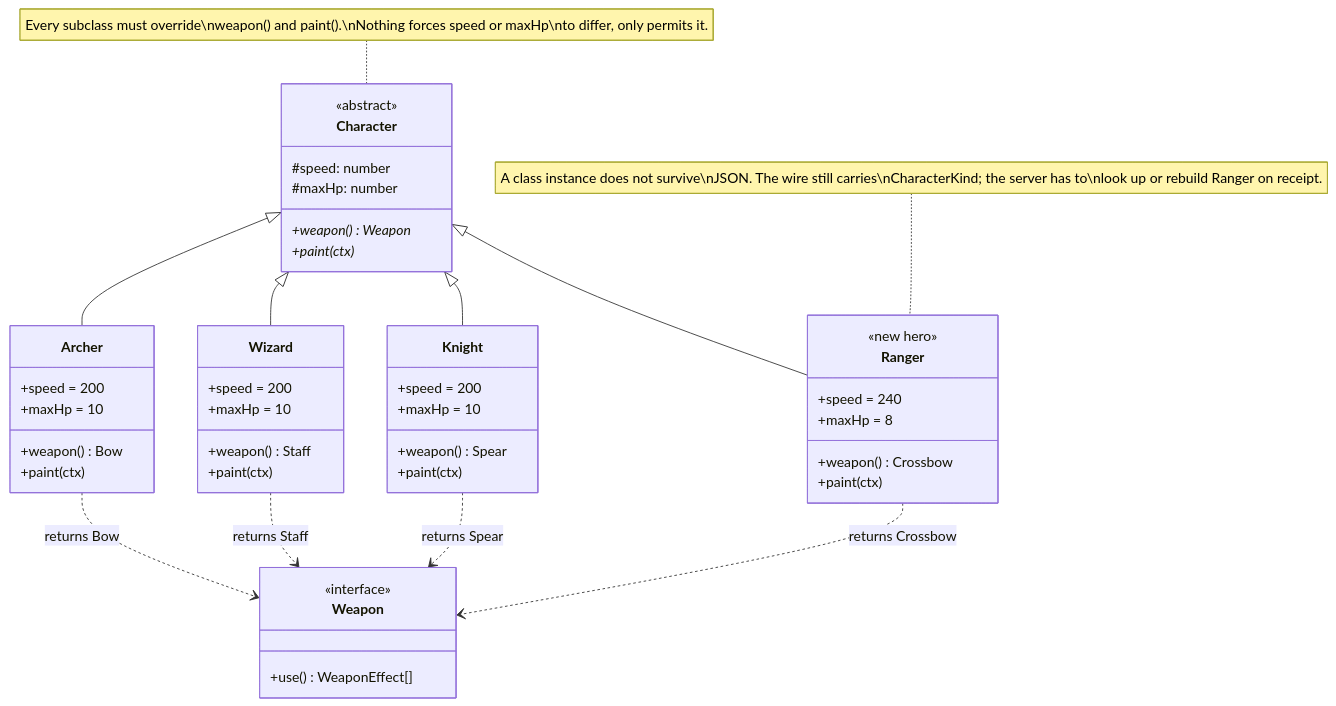
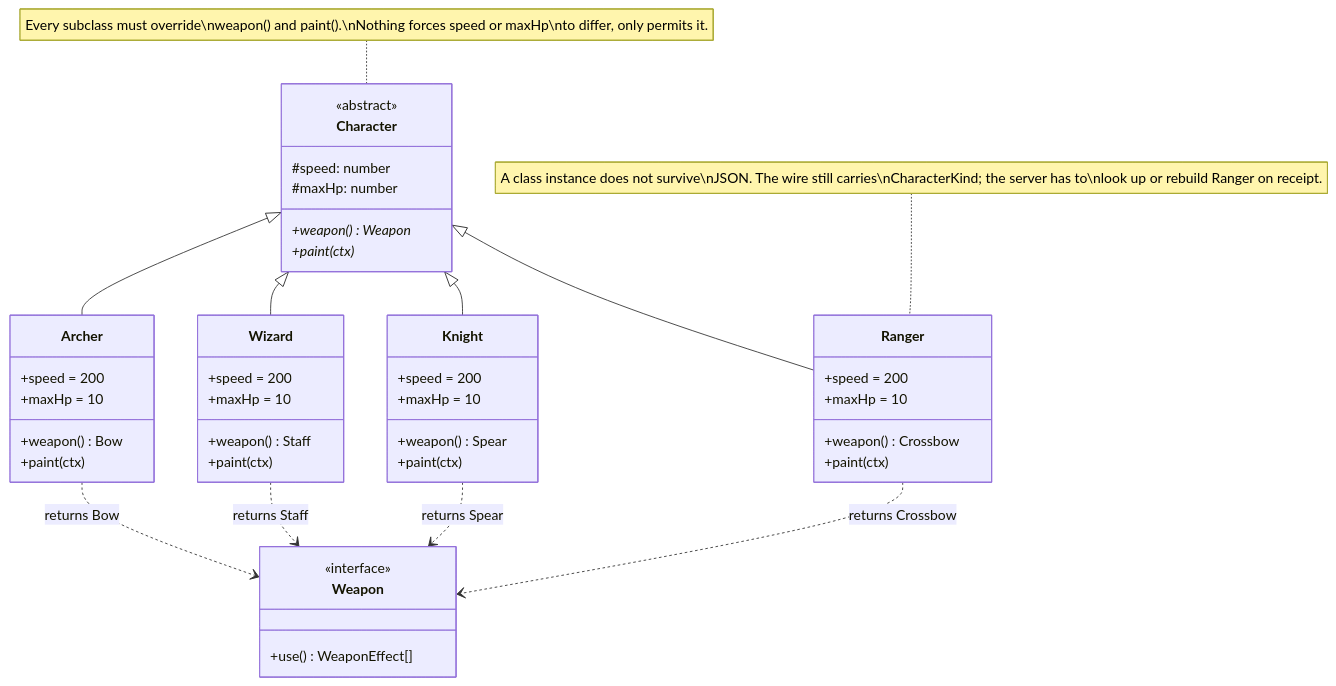
One commit to MrBisonte/crow-archer changed the second of 3 diagrams in docs/design-patterns.md. Above: the diagram before and after it, drawn with Mermaid. The commit also changed other lines of this file and 1 other file, not shown here.

First line of the commit message:
docs: add an object-composition reference to architecture.md

````diff
--- a/docs/design-patterns.md
+++ b/docs/design-patterns.md
@@ -93,57 +92,56 @@
 ```mermaid
 classDiagram
     class Character {
         <<abstract>>
         #speed: number
         #maxHp: number
         +weapon()* Weapon
         +paint(ctx)*
     }
 
     class Archer {
         +speed = 200
         +maxHp = 10
         +weapon() Bow
         +paint(ctx)
     }
 
     class Wizard {
         +speed = 200
         +maxHp = 10
         +weapon() Staff
         +paint(ctx)
     }
 
     class Knight {
         +speed = 200
         +maxHp = 10
         +weapon() Spear
         +paint(ctx)
     }
 
     class Ranger {
-        <<new hero>>
-        +speed = 240
-        +maxHp = 8
+        +speed = 200
+        +maxHp = 10
         +weapon() Crossbow
         +paint(ctx)
     }
 
     class Weapon {
         <<interface>>
         +use() WeaponEffect[]
     }
 
     Character <|-- Archer
     Character <|-- Wizard
     Character <|-- Knight
     Character <|-- Ranger
 
     Archer ..> Weapon : returns Bow
     Wizard ..> Weapon : returns Staff
     Knight ..> Weapon : returns Spear
     Ranger ..> Weapon : returns Crossbow
 
     note for Character "Every subclass must override\nweapon() and paint().\nNothing forces speed or maxHp\nto differ, only permits it."
     note for Ranger "A class instance does not survive\nJSON. The wire still carries\nCharacterKind; the server has to\nlook up or rebuild Ranger on receipt."
 ```
````
